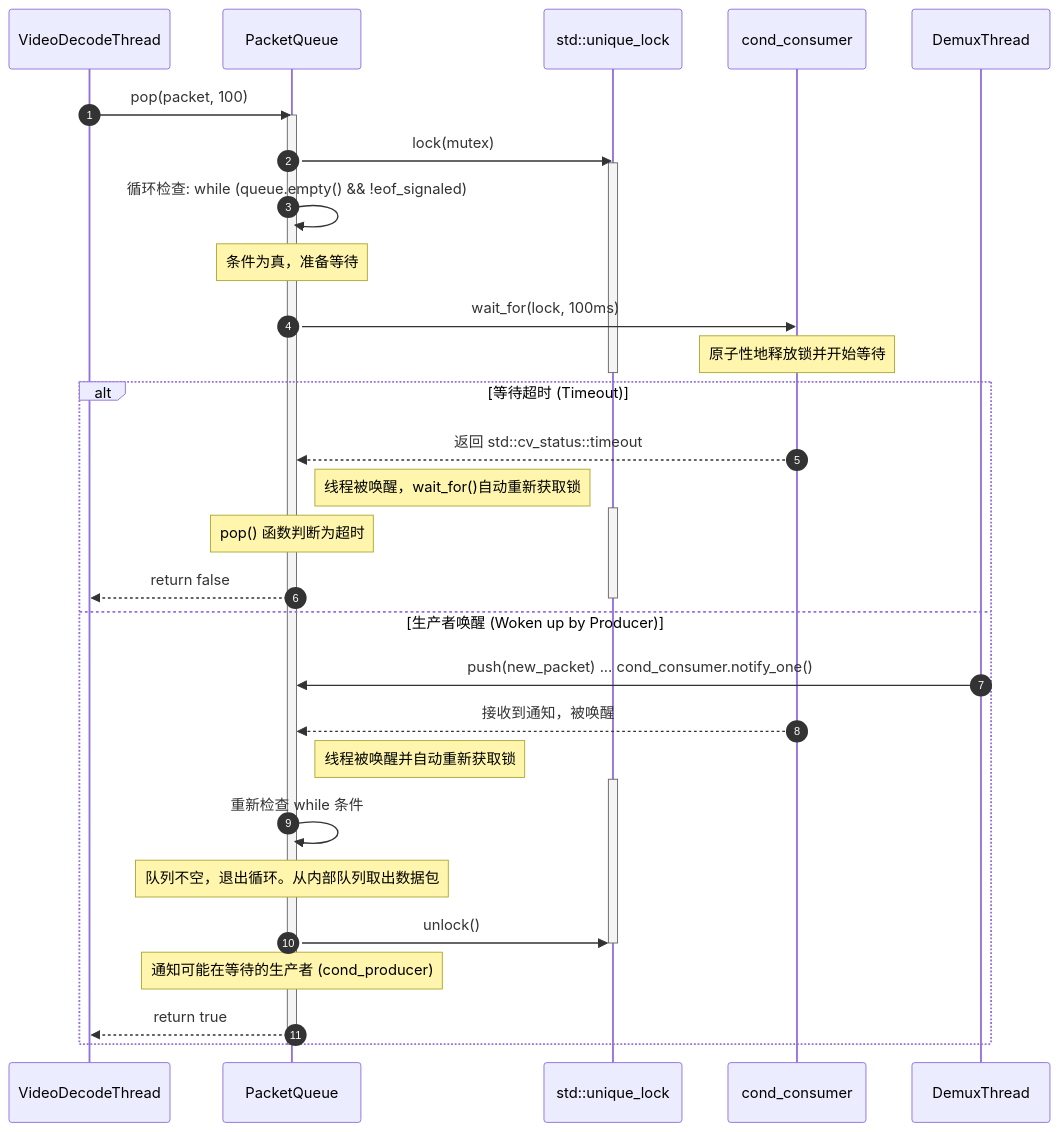
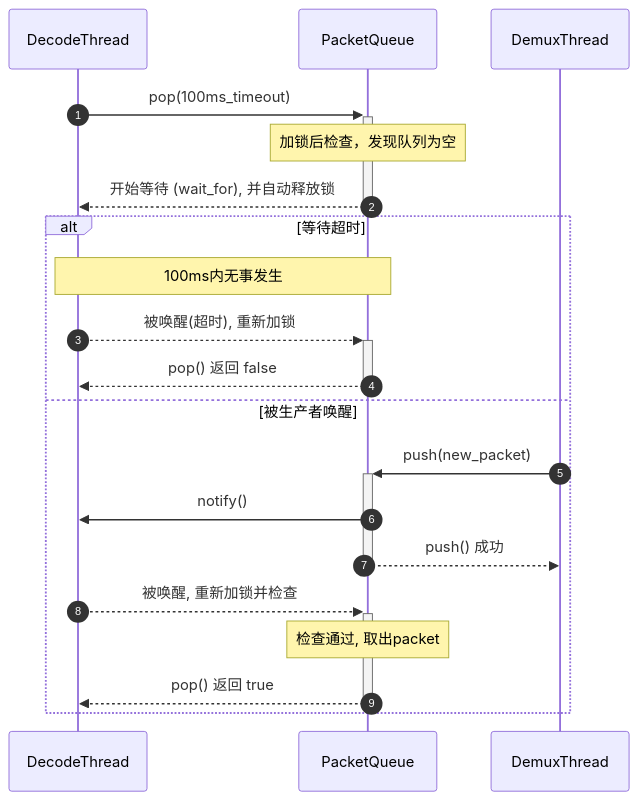
One commit to Ko-vey/SDLplayerCore changed the diagram in docs/assets/pic5-queue_thread-consumer_block.md. Above: the diagram before and after it, drawn with Mermaid. The commit also changed 5 other files, not shown here.

Commit message:
更新设计文档design.md的缓存队列插图文件

````diff
--- a/docs/assets/pic5-queue_thread-consumer_block.md
+++ b/docs/assets/pic5-queue_thread-consumer_block.md
@@ -2,43 +2,29 @@
 ```mermaid
 sequenceDiagram
     autonumber
-    participant Consumer as VideoDecodeThread
+    participant Consumer as DecodeThread
     participant Queue as PacketQueue
-    participant Lock as std::unique_lock
-    participant Condition as cond_consumer
+    participant Producer as DemuxThread
 
-    Consumer->>Queue: pop(packet, 100)
-    activate Queue
-    Queue->>Lock: lock(mutex)
-    activate Lock
-    Queue->>Queue: 循环检查: while (queue.empty() && !eof_signaled)
-    note over Queue: 条件为真，准备等待
-    Queue->>Condition: wait_for(lock, 100ms)
-    note over Condition: 原子性地释放锁并开始等待
-    deactivate Lock
+    Consumer->>+Queue: pop(100ms_timeout)
+    note over Queue: 加锁后检查，发现队列为空
 
-    alt 等待超时 (Timeout)
-        Condition-->>Queue: 返回 std::cv_status::timeout
-        note right of Queue: 线程被唤醒，wait_for()自动重新获取锁
-        activate Lock
-        note over Queue: pop() 函数判断为超时
-        Queue-->>Consumer: return false
-        deactivate Lock
+    Queue-->>-Consumer: 开始等待 (wait_for), 并自动释放锁
 
-    else 生产者唤醒 (Woken up by Producer)
-        participant Producer as DemuxThread
-        Producer->>Queue: push(new_packet) ... cond_consumer.notify_one()
-        Condition-->>Queue: 接收到通知，被唤醒
-        note right of Queue: 线程被唤醒并自动重新获取锁
-        activate Lock
-        Queue->>Queue: 重新检查 while 条件
-        note over Queue:  队列不空，退出循环。从内部队列取出数据包
-        Queue->>Lock: unlock()
-        deactivate Lock
-        note over Queue: 通知可能在等待的生产者 (cond_producer)
-        Queue-->>Consumer: return true
+    alt 等待超时
+        note over Consumer, Queue: 100ms内无事发生
+        Consumer-->>+Queue: 被唤醒(超时), 重新加锁
+        Queue-->>-Consumer: pop() 返回 false
+
+    else 被生产者唤醒
+        % 生产者放入数据
+        Producer->>+Queue: push(new_packet)
+        % 通知消费者有新货了
+        Queue->>Consumer: notify()
+        Queue-->>-Producer: push() 成功
+
+        Consumer-->>+Queue: 被唤醒, 重新加锁并检查
+        note over Queue: 检查通过, 取出packet
+        Queue-->>-Consumer: pop() 返回 true
     end
-
-    deactivate Queue
-
 ```
````
